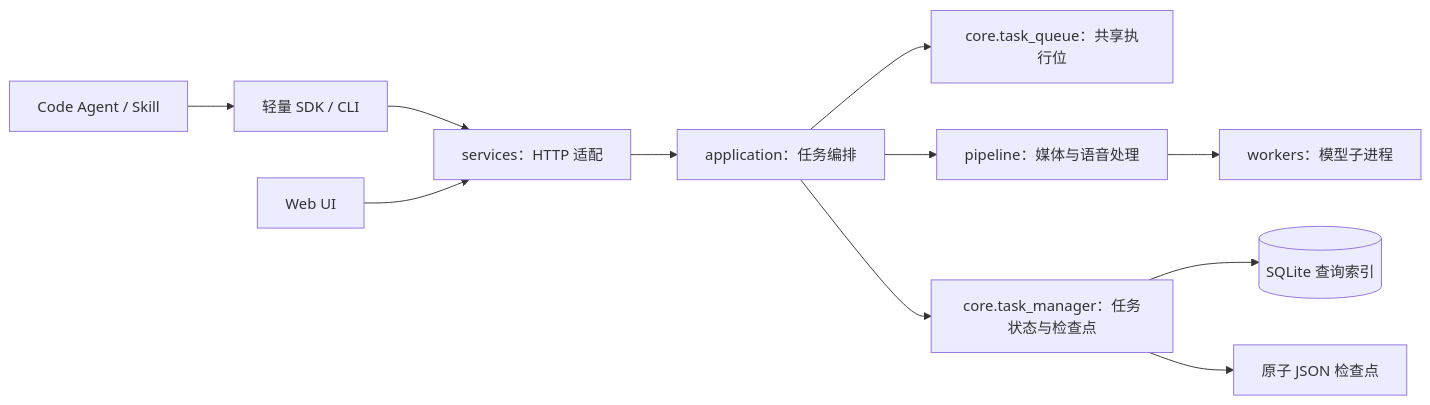
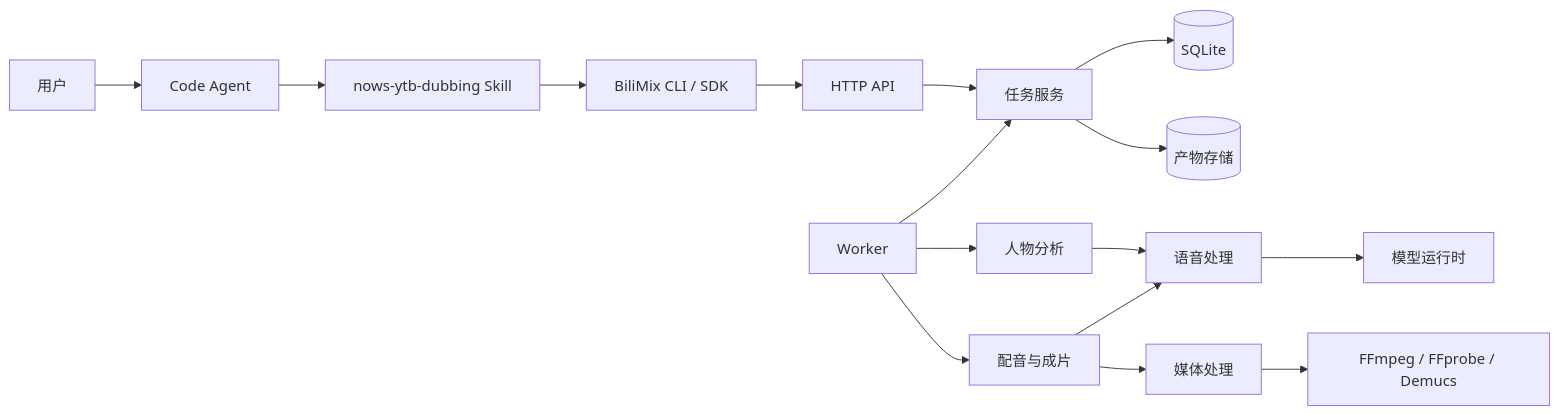
Before and after one commit to nowszhao/BiliMix: the first of 2 diagrams in docs/architecture.md, drawn with Mermaid. The commit also changed other lines of this file and 11 other files, not shown here.

````diff
--- a/docs/architecture.md
+++ b/docs/architecture.md
@@ -5,13 +39,18 @@
 ```mermaid
 flowchart LR
-    Agent[Code Agent / Skill] --> SDK[轻量 SDK / CLI]
-    SDK --> HTTP[services：HTTP 适配]
-    Web[Web UI] --> HTTP
-    HTTP --> App[application：任务编排]
-    App --> Queue[core.task_queue：共享执行位]
-    App --> Pipeline[pipeline：媒体与语音处理]
-    Pipeline --> Workers[workers：模型子进程]
-    App --> State[core.task_manager：任务状态与检查点]
-    State --> DB[(SQLite 查询索引)]
-    State --> JSON[原子 JSON 检查点]
+    User[用户] --> Agent[Code Agent]
+    Agent --> Skill[nows-ytb-dubbing Skill]
+    Skill --> Client[BiliMix CLI / SDK]
+    Client --> API[HTTP API]
+    API --> Jobs[任务服务]
+    Jobs --> DB[(SQLite)]
+    Jobs --> Artifacts[(产物存储)]
+    Worker[Worker] --> Jobs
+    Worker --> Analysis[人物分析]
+    Worker --> Dubbing[配音与成片]
+    Analysis --> Speech[语音处理]
+    Dubbing --> Speech
+    Dubbing --> Media[媒体处理]
+    Speech --> Models[模型运行时]
+    Media --> Tools[FFmpeg / FFprobe / Demucs]
 ```
````
